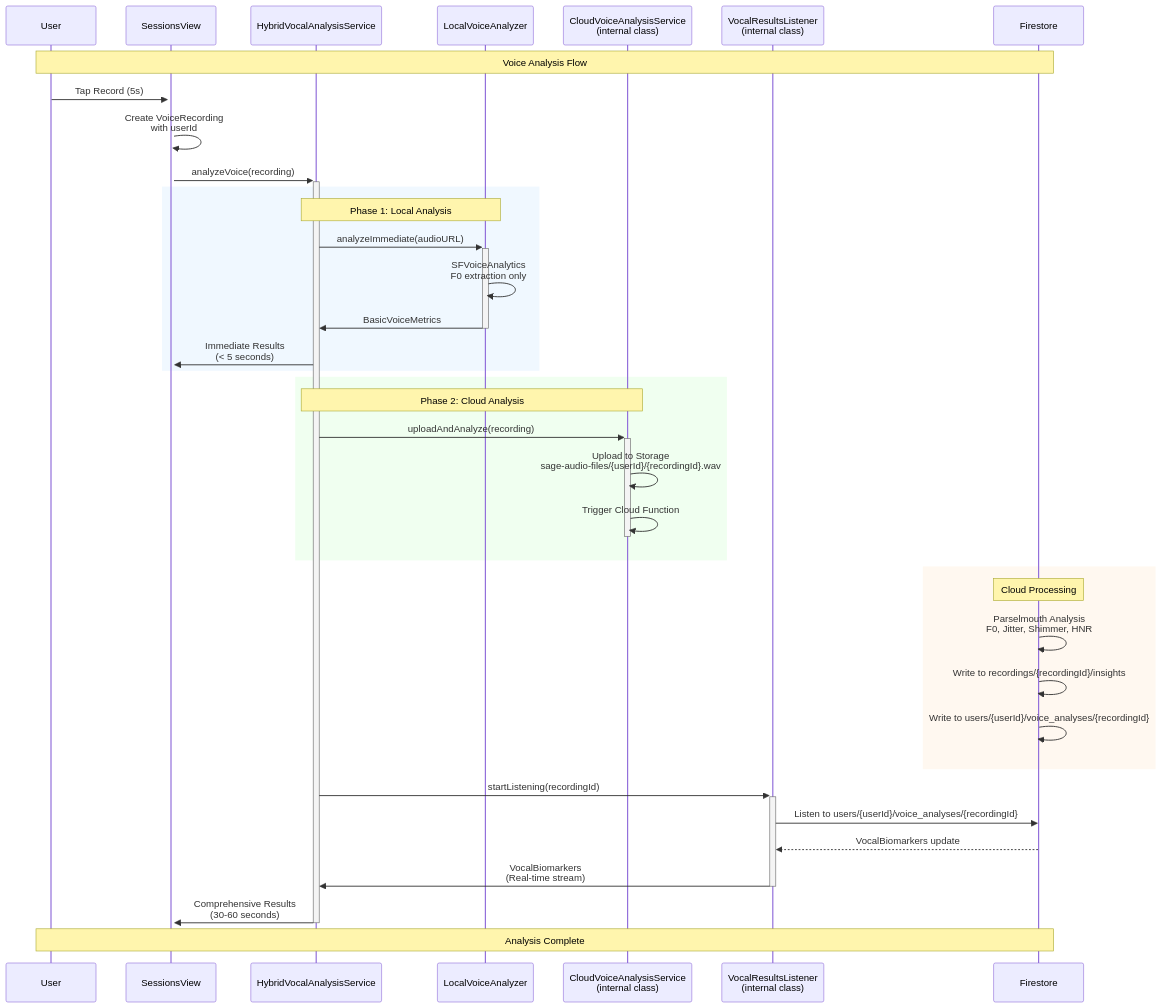
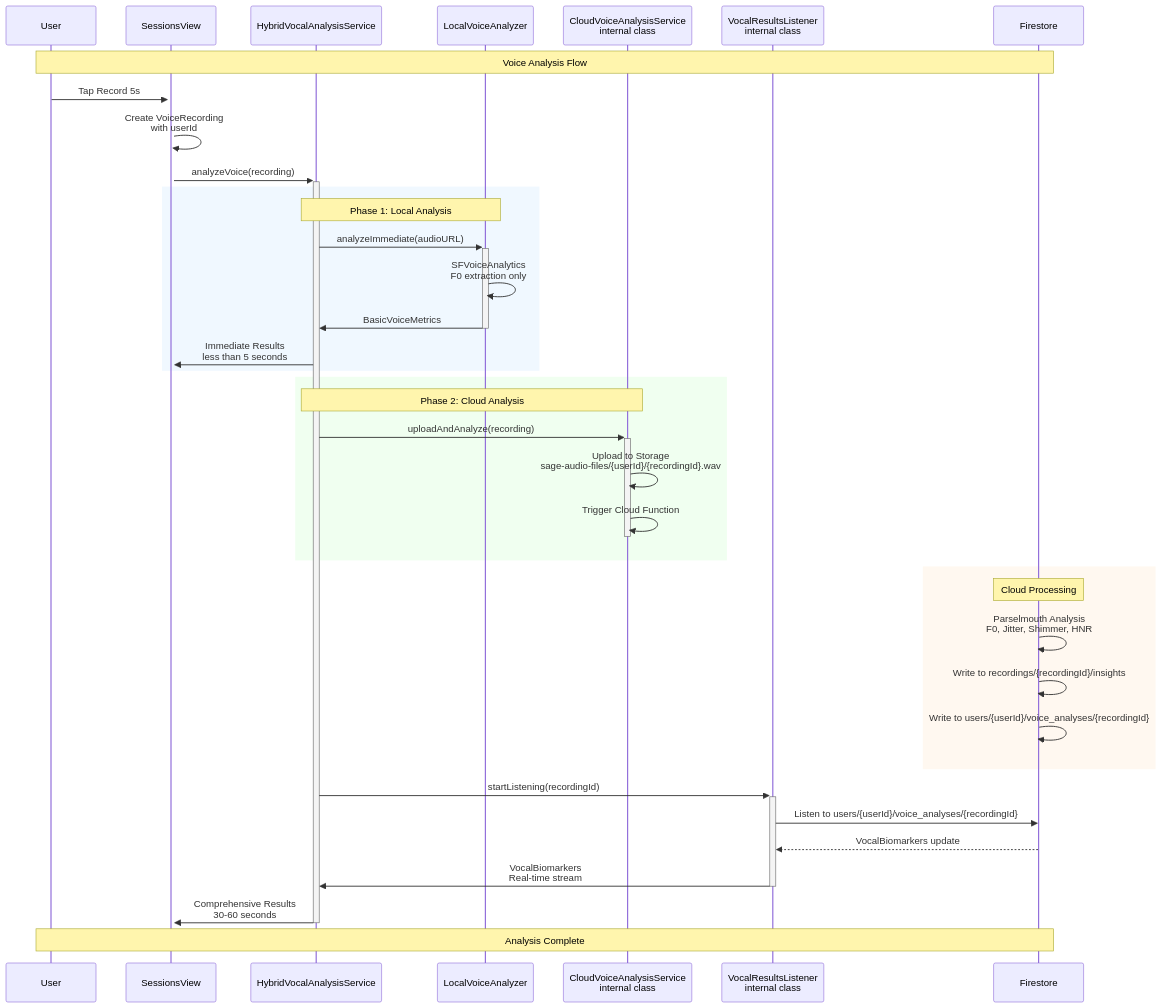
The fourth of 13 diagrams in ARCHITECTURE.md (PoisonIvory/sage), drawn with Mermaid before and after one commit. The commit also changed other lines of this file, not shown here.

First line of the commit message:
Fix Mermaid parsing errors

````diff
--- a/ARCHITECTURE.md
+++ b/ARCHITECTURE.md
@@ -245,46 +245,46 @@
 ```mermaid
 sequenceDiagram
     participant U as User
     participant S as SessionsView  
     participant H as HybridVocalAnalysisService
     participant L as LocalVoiceAnalyzer
-    participant C as CloudVoiceAnalysisService<br/>(internal class)
-    participant V as VocalResultsListener<br/>(internal class)
+    participant C as CloudVoiceAnalysisService<br/>internal class
+    participant V as VocalResultsListener<br/>internal class
     participant F as Firestore
     
     Note over U,F: Voice Analysis Flow
     
-    U->>+S: Tap Record (5s)
+    U->>+S: Tap Record 5s
     S->>S: Create VoiceRecording<br/>with userId
     S->>+H: analyzeVoice(recording)
     
     rect rgb(240, 248, 255)
         Note over H,L: Phase 1: Local Analysis
         H->>+L: analyzeImmediate(audioURL)
         L->>L: SFVoiceAnalytics<br/>F0 extraction only
         L->>-H: BasicVoiceMetrics
-        H->>S: Immediate Results<br/>(< 5 seconds)
+        H->>S: Immediate Results<br/>less than 5 seconds
     end
     
     rect rgb(240, 255, 240)
         Note over H,C: Phase 2: Cloud Analysis
         H->>+C: uploadAndAnalyze(recording)
         C->>C: Upload to Storage<br/>sage-audio-files/{userId}/{recordingId}.wav
         C->>-C: Trigger Cloud Function
     end
     
     rect rgb(255, 248, 240)
         Note over F: Cloud Processing
         F->>F: Parselmouth Analysis<br/>F0, Jitter, Shimmer, HNR
         F->>F: Write to recordings/{recordingId}/insights
         F->>F: Write to users/{userId}/voice_analyses/{recordingId}
     end
     
     H->>+V: startListening(recordingId)
     V->>F: Listen to users/{userId}/voice_analyses/{recordingId}
     F-->>V: VocalBiomarkers update
-    V->>-H: VocalBiomarkers<br/>(Real-time stream)
-    H->>-S: Comprehensive Results<br/>(30-60 seconds)
+    V->>-H: VocalBiomarkers<br/>Real-time stream
+    H->>-S: Comprehensive Results<br/>30-60 seconds
     
     Note over U,F: Analysis Complete
 ```
````
